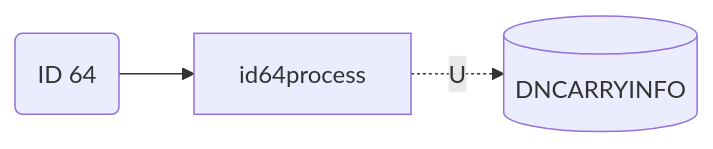
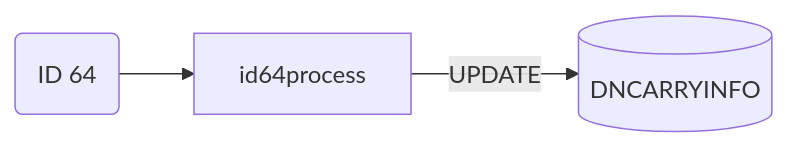
The ninth of 11 diagrams in Basic-Design/DFD-WMS/Retrieval/Unplanned-Retrieval-to-HP-Area.md (luthfiadityaa/SimeDarby-Wiki), drawn with Mermaid before and after one commit.

Commit message:
Updated Unplanned Retrieval to HP Area

```diff
--- a/Basic-Design/DFD-WMS/Retrieval/Unplanned-Retrieval-to-HP-Area.md
+++ b/Basic-Design/DFD-WMS/Retrieval/Unplanned-Retrieval-to-HP-Area.md
@@ -367,14 +367,14 @@
 ::: mermaid
 flowchart LR
 
 id64("
 ID 64
 ")
 
 id64-update[("
 DNCARRYINFO
 ")]
 
 id64-->id64process
-id64process-.U.->id64-update
+id64process--> |UPDATE| id64-update
 :::
```
